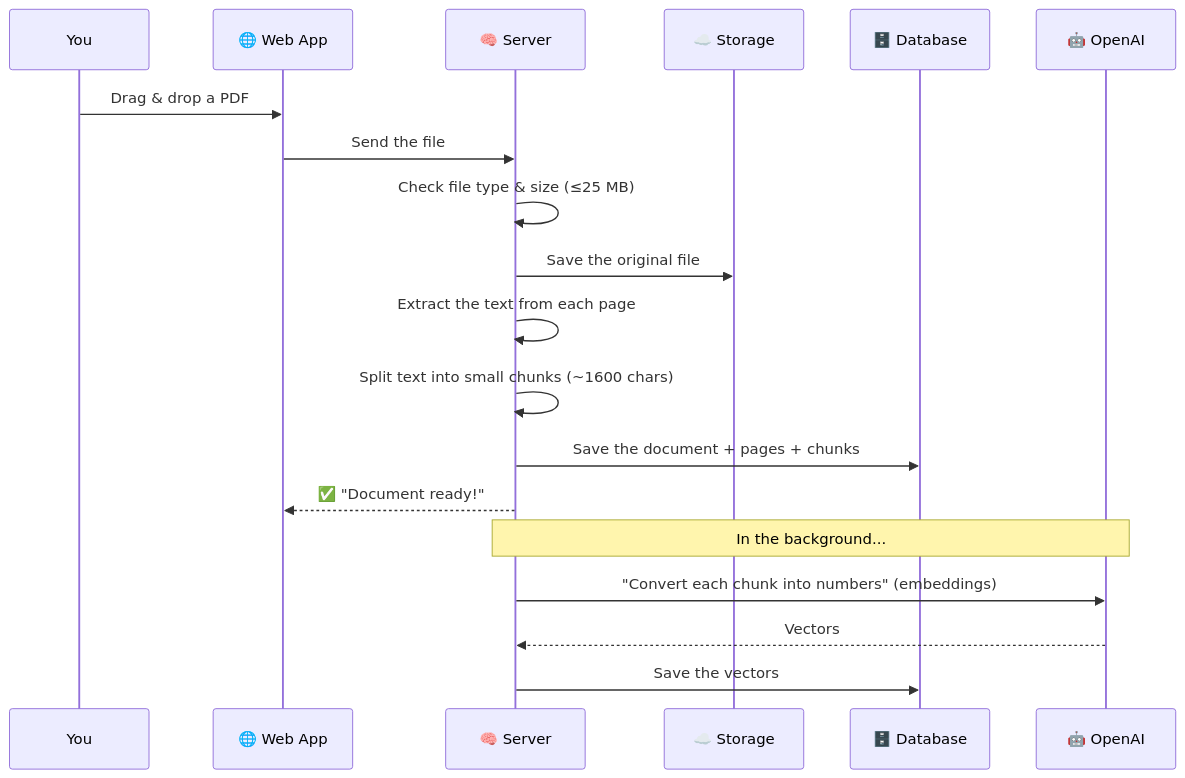
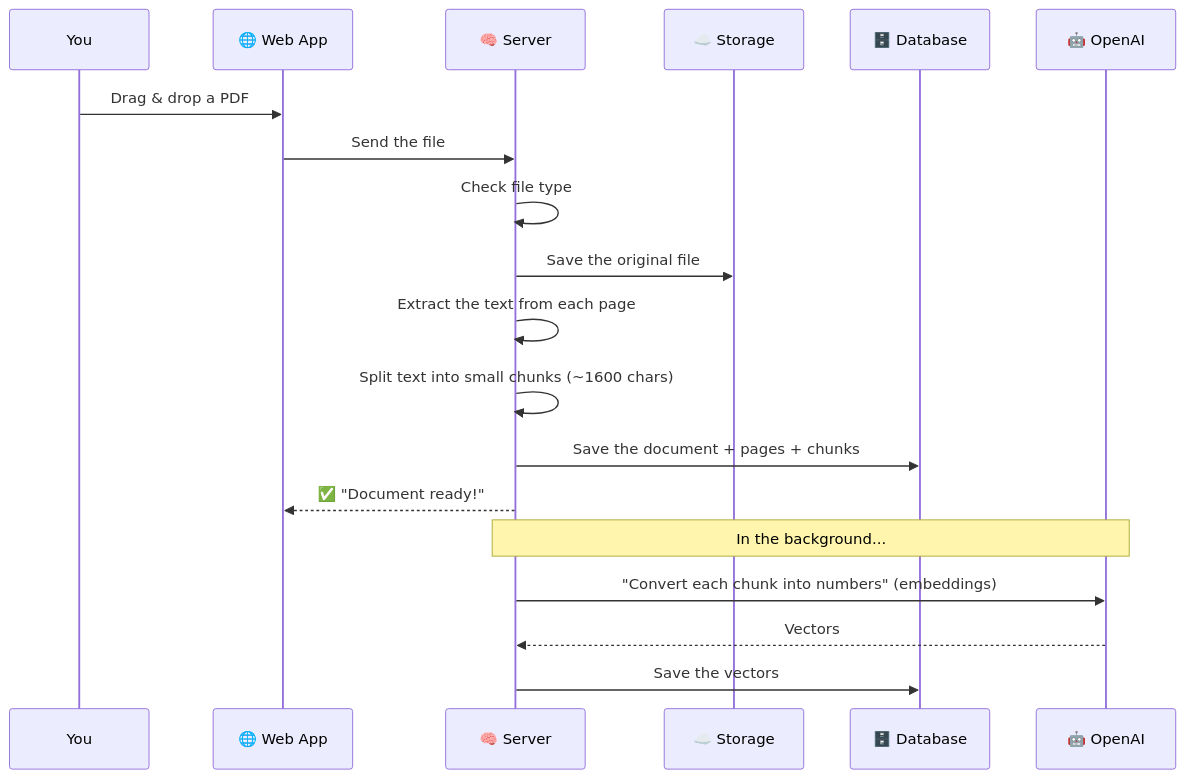
The second of 8 diagrams in README.md (Rezkaudi/AI-Voice-Tutor-for-Documents-), drawn with Mermaid before and after one commit. The commit also changed other lines of this file and 12 other files, not shown here.

````diff
--- a/README.md
+++ b/README.md
@@ -85,22 +85,22 @@
 ```mermaid
 sequenceDiagram
     participant You
     participant App as 🌐 Web App
     participant Server as 🧠 Server
     participant S3 as ☁️ Storage
     participant DB as 🗄️ Database
     participant AI as 🤖 OpenAI
 
     You->>App: Drag & drop a PDF
     App->>Server: Send the file
-    Server->>Server: Check file type & size (≤25 MB)
+    Server->>Server: Check file type
     Server->>S3: Save the original file
     Server->>Server: Extract the text from each page
     Server->>Server: Split text into small chunks (~1600 chars)
     Server->>DB: Save the document + pages + chunks
     Server-->>App: ✅ "Document ready!"
     Note over Server,AI: In the background...
     Server->>AI: "Convert each chunk into numbers" (embeddings)
     AI-->>Server: Vectors
     Server->>DB: Save the vectors
 ```
````
